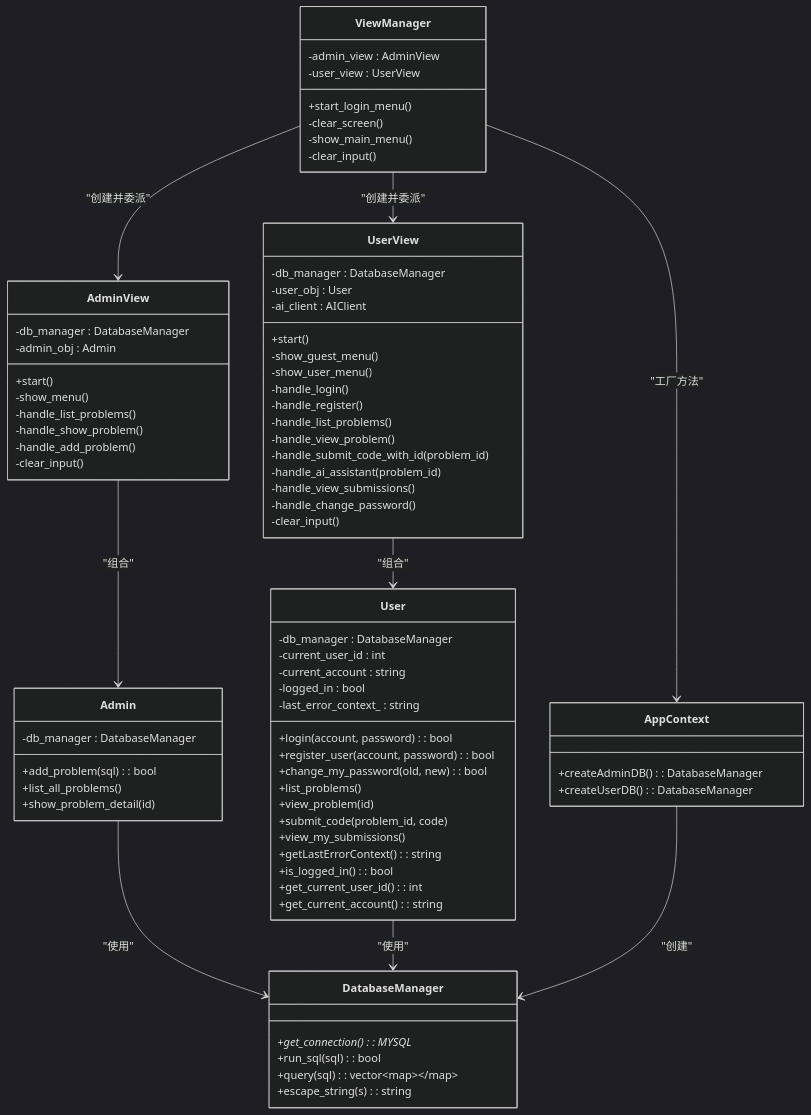
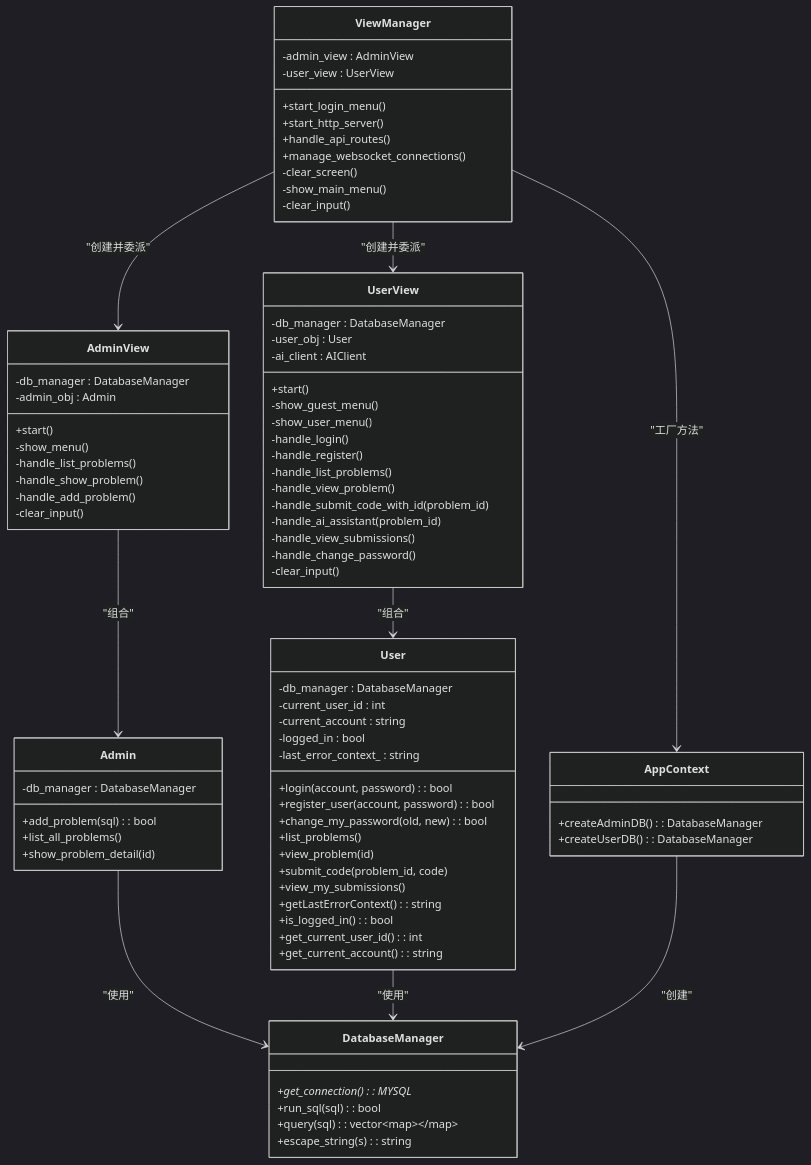
Before and after one commit to jinpeng900/OJ-Test: the second of 6 diagrams in .qoder/repowiki/zh/content/系统架构设计/系统架构设计.md, drawn with Mermaid (dark theme). The commit also changed other lines of this file and 8 other files, not shown here.

```diff
--- a/.qoder/repowiki/zh/content/系统架构设计/系统架构设计.md
+++ b/.qoder/repowiki/zh/content/系统架构设计/系统架构设计.md
@@ -132,6 +144,9 @@
 classDiagram
 class ViewManager {
 +start_login_menu()
++start_http_server()
++handle_api_routes()
++manage_websocket_connections()
 -clear_screen()
 -show_main_menu()
 -clear_input()
```
